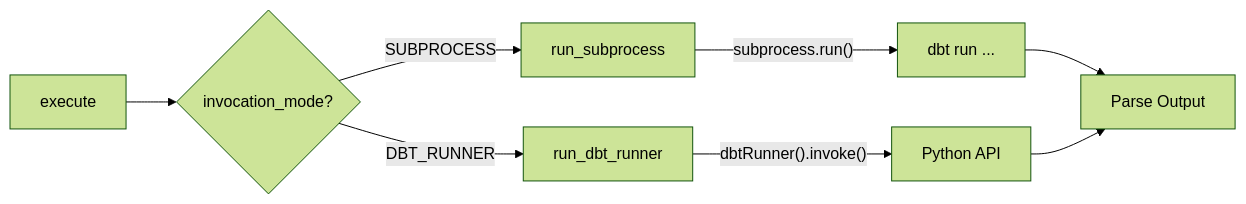
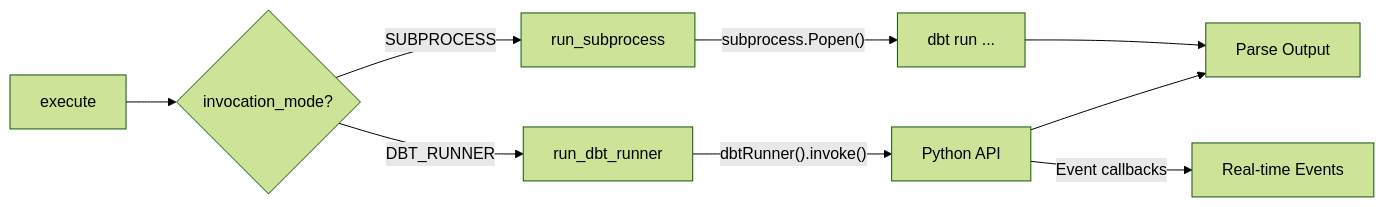
The seventh of 28 diagrams in docs/ARCHITECTURE.md (josix/astronomer-cosmos), drawn with Mermaid (forest theme) before and after one commit. The commit also changed other lines of this file, not shown here.

First line of the commit message:
docs: Update architecture documentation with v1.12 features

````diff
--- a/docs/ARCHITECTURE.md
+++ b/docs/ARCHITECTURE.md
@@ -345,13 +403,14 @@
 ```mermaid
 flowchart LR
     EXEC[execute] --> CHECK{invocation_mode?}
 
     CHECK --> |SUBPROCESS| SUB[run_subprocess]
     CHECK --> |DBT_RUNNER| RUNNER[run_dbt_runner]
 
-    SUB --> |"subprocess.run()"| CMD[dbt run ...]
+    SUB --> |"subprocess.Popen()"| CMD[dbt run ...]
     RUNNER --> |"dbtRunner().invoke()"| API[Python API]
 
     CMD --> RESULT[Parse Output]
+    API --> |"Event callbacks"| STREAM[Real-time Events]
     API --> RESULT
 ```
````
